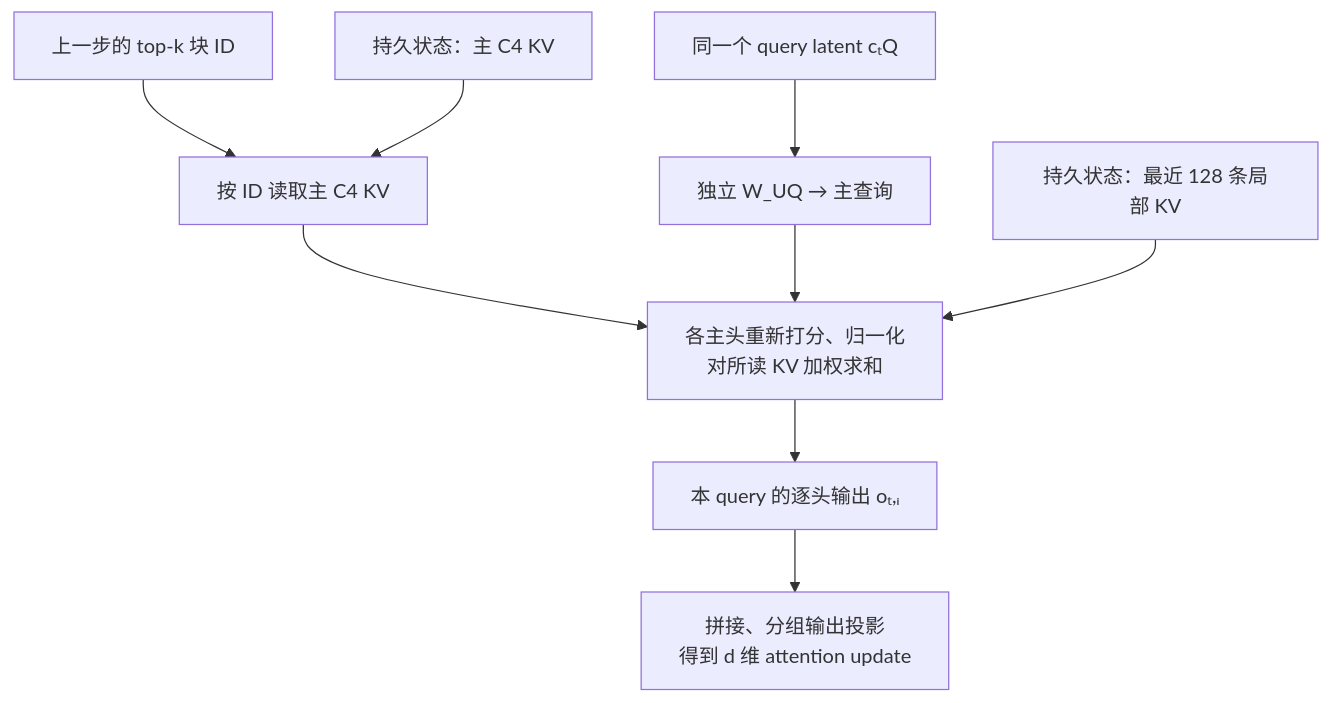
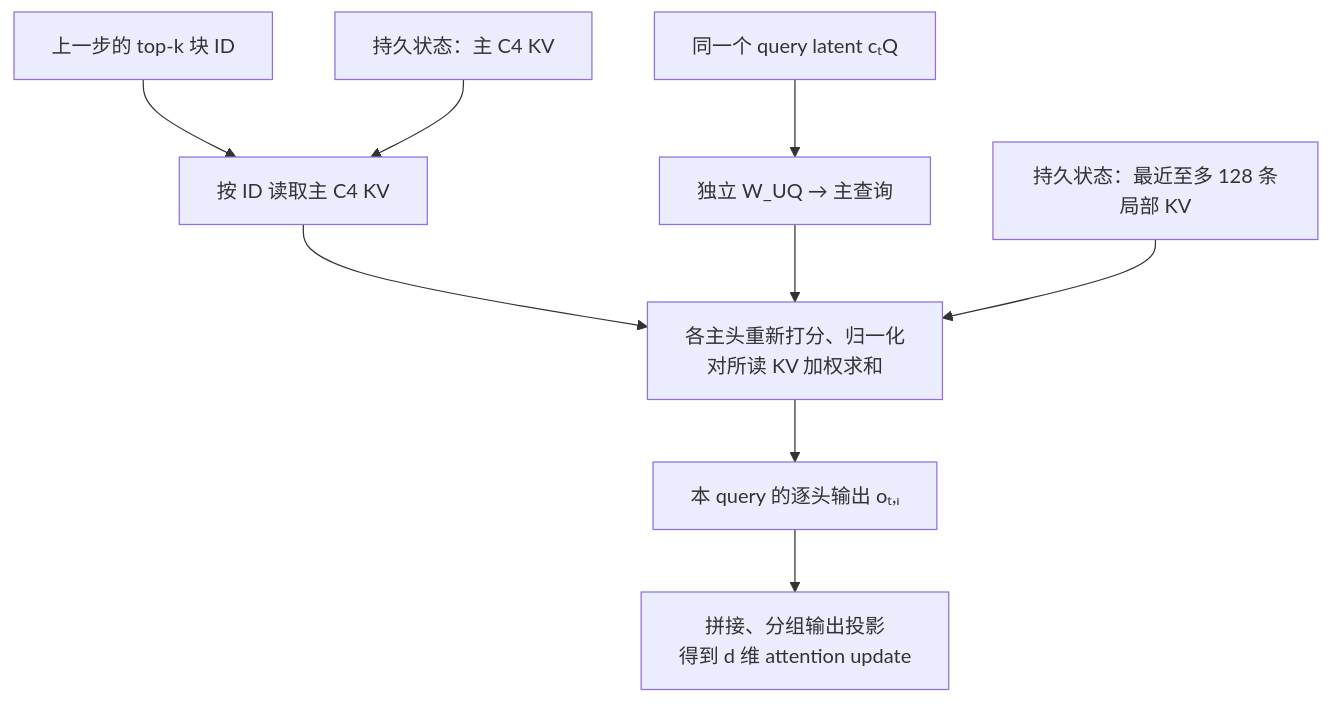
Before and after one commit to Negronii/MyNotes: the third of 3 diagrams in ai-engineering/foundations/long-context-attention.md, drawn with Mermaid. The commit also changed other lines of this file and 26 other files, not shown here.

Commit message:
Clarify AI architecture scope and strengthen reader-focused review

````diff
--- a/ai-engineering/foundations/long-context-attention.md
+++ b/ai-engineering/foundations/long-context-attention.md
@@ -159,11 +177,11 @@
 ```mermaid
 flowchart TD
     IDS["上一步的 top-k 块 ID"] --> READ["按 ID 读取主 C4 KV"]
     CACHE["持久状态：主 C4 KV"] --> READ
     LATENT["同一个 query latent cₜQ"] --> Q["独立 W_UQ → 主查询"]
     READ --> CORE["各主头重新打分、归一化<br/>对所读 KV 加权求和"]
     Q --> CORE
-    LOCAL["持久状态：最近 128 条局部 KV"] --> CORE
+    LOCAL["持久状态：最近至多 128 条局部 KV"] --> CORE
     CORE --> OUT["本 query 的逐头输出 oₜ,ᵢ"]
     OUT --> PROJECT["拼接、分组输出投影<br/>得到 d 维 attention update"]
 ```
````
